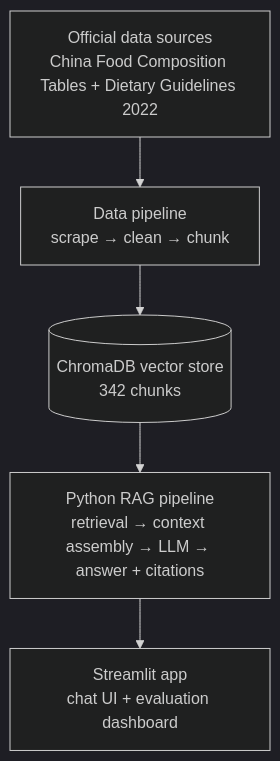
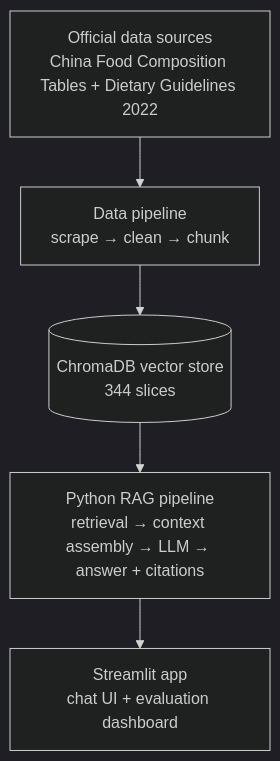
One commit to ElijahZhao/MetaNutri-Ai-RAG changed the diagram in README.md. Above: the diagram before and after it, drawn with Mermaid (dark theme). The commit also changed other lines of this file and 5 other files, not shown here.

Commit message:
docs+app: publish NutriQA paper (docs/paper/), add tech-report (H-9), rename repo links to MetaNutri-Ai-RAG / MetaNutri-Ai-ppgr-predictor, sync README current-state numbers (200 benchmark / 19 chunks / 344 slices), demo switches to HybridRetriever top_k=8 matching paper eval config

````diff
--- a/README.md
+++ b/README.md
@@ -33,7 +33,7 @@
 ```mermaid
 flowchart TD
     A["Official data sources<br/>China Food Composition Tables + Dietary Guidelines 2022"] --> B["Data pipeline<br/>scrape → clean → chunk"]
-    B --> C[("ChromaDB vector store<br/>342 chunks")]
+    B --> C[("ChromaDB vector store<br/>344 slices")]
     C --> D["Python RAG pipeline<br/>retrieval → context assembly → LLM → answer + citations"]
     D --> E["Streamlit app<br/>chat UI + evaluation dashboard"]
 ```
````
